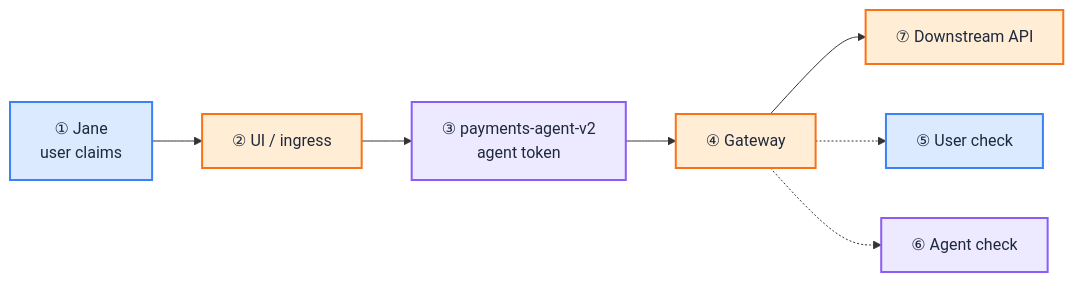
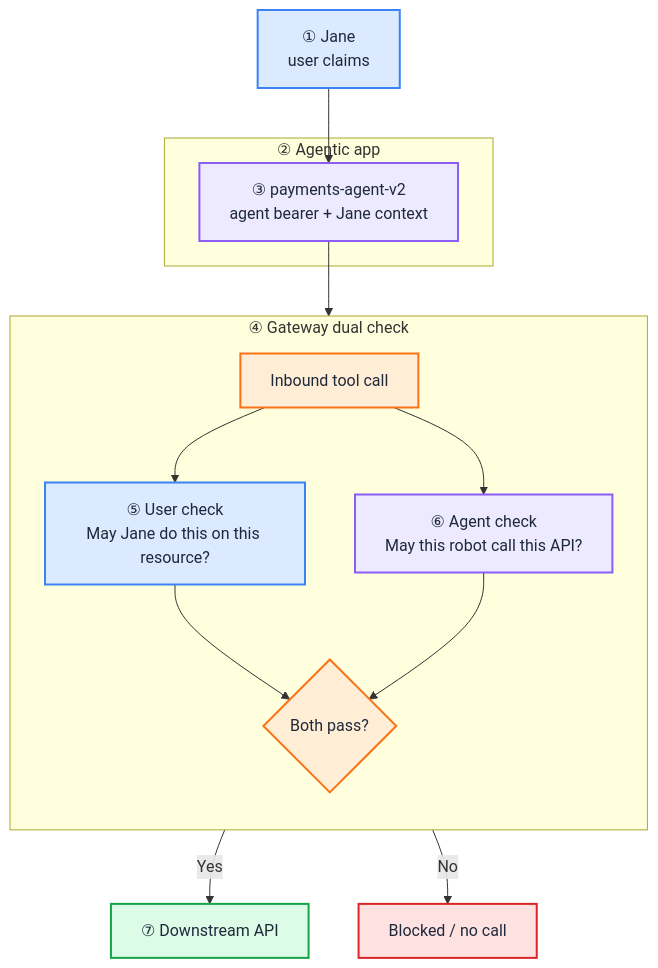
The first of 3 diagrams in docs/insights/2026-08-06-agent-identity/agent-identity.mdx (iamsharmajitender/gain), drawn with Mermaid before and after one commit. The commit also changed other lines of this file and 7 other files, not shown here.

````diff
--- a/docs/insights/2026-08-06-agent-identity/agent-identity.mdx
+++ b/docs/insights/2026-08-06-agent-identity/agent-identity.mdx
@@ -68,18 +67,34 @@
 ```mermaid
-flowchart LR
-    Jane["① Jane<br/>user claims"] --> UI["② UI / ingress"]
-    UI --> Agent["③ payments-agent-v2<br/>agent token"]
-    Agent --> GW["④ Gateway"]
-    GW --> API["⑦ Downstream API"]
+flowchart TB
+    Jane["① Jane<br/>user claims"] --> Agent
 
-    GW -.-> CheckU["⑤ User check"]
-    GW -.-> CheckA["⑥ Agent check"]
+    subgraph App["② Agentic app"]
+        Agent["③ payments-agent-v2<br/>agent bearer + Jane context"]
+    end
+
+    Agent --> Entry
+
+    subgraph Dual["④ Gateway dual check"]
+        direction TB
+        Entry["Inbound tool call"]
+        Entry --> CheckU["⑤ User check<br/>May Jane do this on this resource?"]
+        Entry --> CheckA["⑥ Agent check<br/>May this robot call this API?"]
+        CheckU --> Both{"Both pass?"}
+        CheckA --> Both
+    end
+
+    Both -->|Yes| API["⑦ Downstream API"]
+    Both -->|No| Stop["Blocked / no call"]
 
     classDef user fill:#dbeafe,stroke:#3b82f6,color:#1e293b,stroke-width:2px
     classDef agent fill:#ede9fe,stroke:#8b5cf6,color:#1e293b,stroke-width:2px
     classDef gate fill:#ffedd5,stroke:#f97316,color:#1e293b,stroke-width:2px
+    classDef ok fill:#dcfce7,stroke:#16a34a,color:#1e293b,stroke-width:2px
+    classDef deny fill:#fee2e2,stroke:#dc2626,color:#1e293b,stroke-width:2px
 
     class Jane,CheckU user
     class Agent,CheckA agent
-    class GW,UI,API gate
+    class Entry,Both gate
+    class API ok
+    class Stop deny
 ```
````
